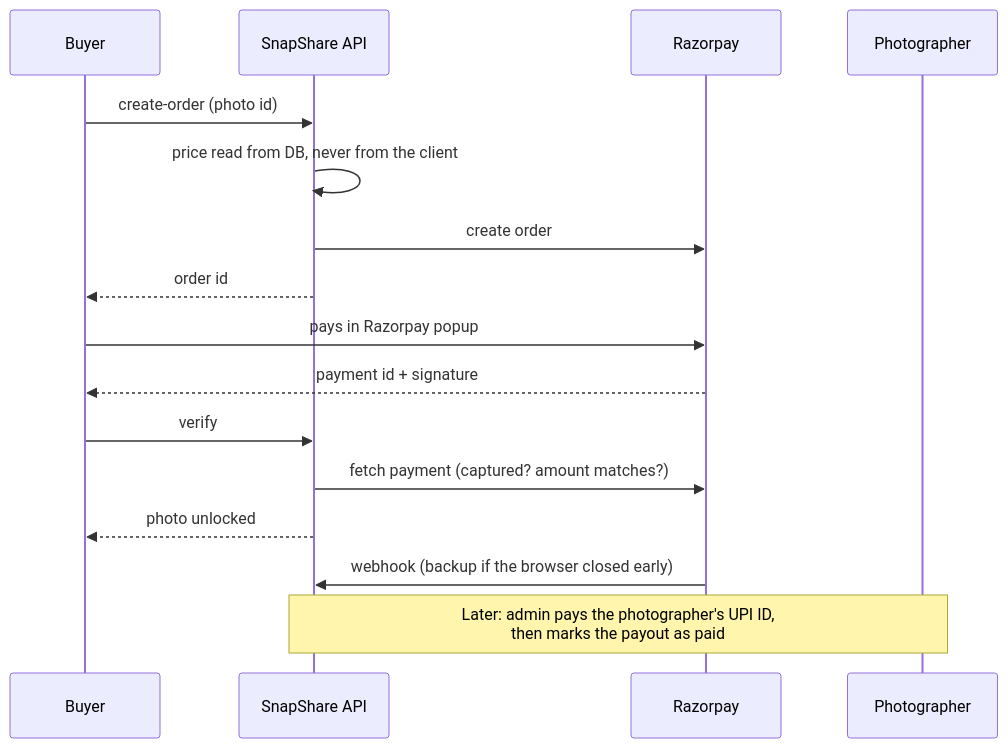
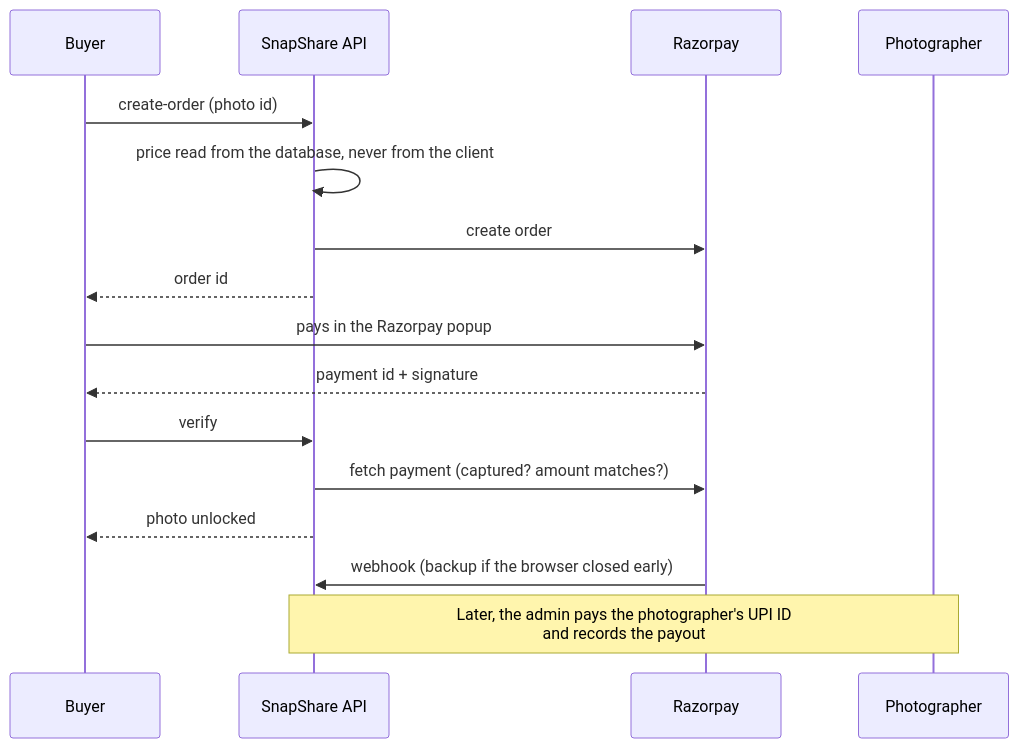
The second of 2 diagrams in README.md (RohanThapa18/SnapShare), drawn with Mermaid before and after one commit. The commit also changed other lines of this file and 3 other files, not shown here.

````diff
--- a/README.md
+++ b/README.md
@@ -73,18 +91,18 @@
 ```mermaid
 sequenceDiagram
   participant B as Buyer
   participant S as SnapShare API
   participant R as Razorpay
   participant P as Photographer
   B->>S: create-order (photo id)
-  S->>S: price read from DB, never from the client
+  S->>S: price read from the database, never from the client
   S->>R: create order
   S-->>B: order id
-  B->>R: pays in Razorpay popup
+  B->>R: pays in the Razorpay popup
   R-->>B: payment id + signature
   B->>S: verify
   S->>R: fetch payment (captured? amount matches?)
   S-->>B: photo unlocked
   R->>S: webhook (backup if the browser closed early)
-  Note over S,P: Later: admin pays the photographer's UPI ID,<br/>then marks the payout as paid
+  Note over S,P: Later, the admin pays the photographer's UPI ID<br/>and records the payout
 ```
````
